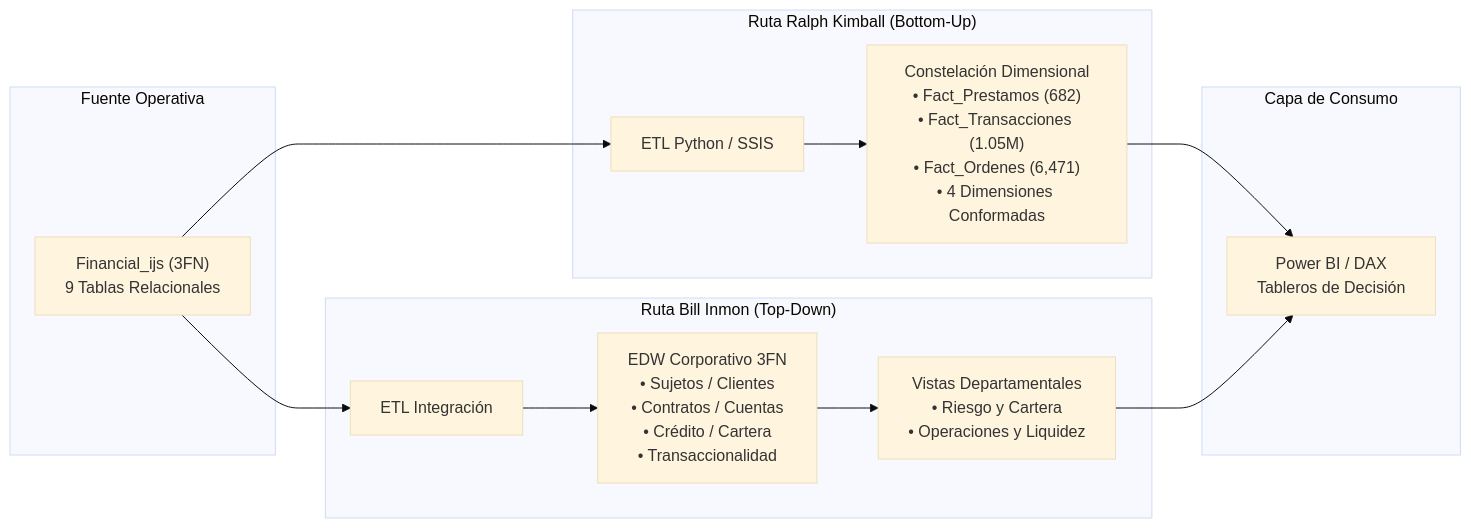
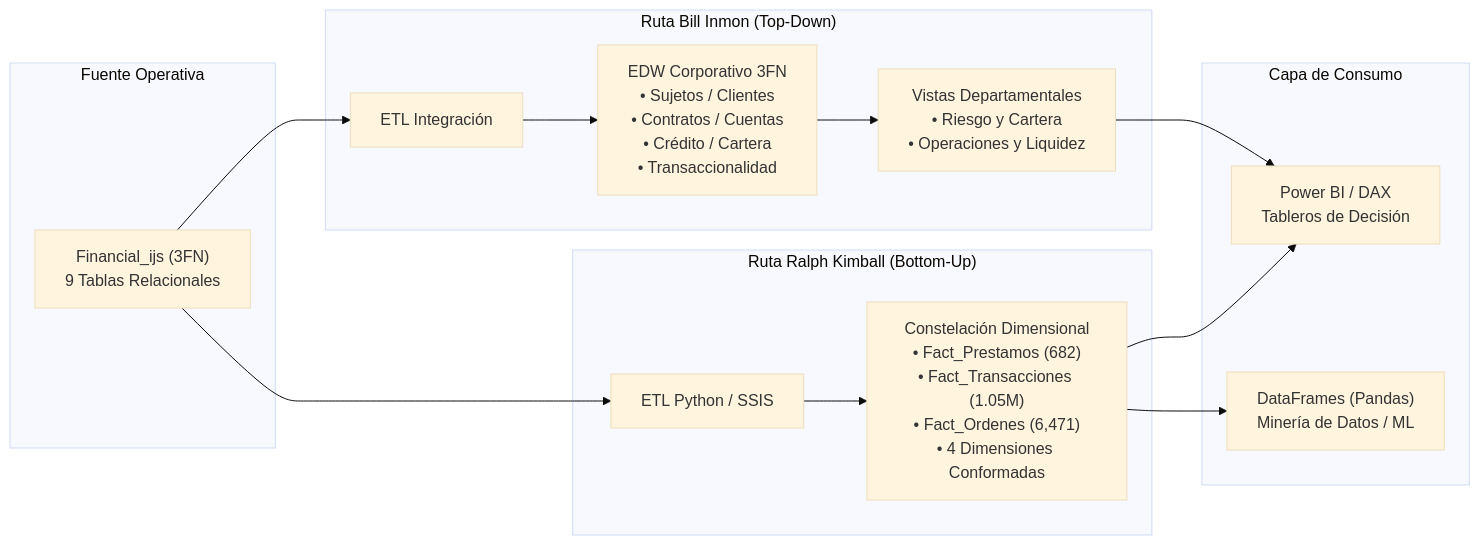
The diagram in README.md (Hlagua/DocumentosBi), drawn with Mermaid (base theme) before and after one commit. The commit also changed other lines of this file, not shown here.

Commit message:
docs: actualizar README con guia de uso de los 4 DataFrames y script generador

````diff
--- a/README.md
+++ b/README.md
@@ -58,24 +66,26 @@
 ```mermaid
 flowchart LR
     subgraph Origen["Fuente Operativa"]
         OLTP["Financial_ijs (3FN)<br>9 Tablas Relacionales"]
     end
 
     subgraph Kimball["Ruta Ralph Kimball (Bottom-Up)"]
         ETL_K["ETL Python / SSIS"]
         DM_K["Constelación Dimensional<br>• Fact_Prestamos (682)<br>• Fact_Transacciones (1.05M)<br>• Fact_Ordenes (6,471)<br>• 4 Dimensiones Conformadas"]
     end
 
     subgraph Inmon["Ruta Bill Inmon (Top-Down)"]
         ETL_I["ETL Integración"]
         EDW["EDW Corporativo 3FN<br>• Sujetos / Clientes<br>• Contratos / Cuentas<br>• Crédito / Cartera<br>• Transaccionalidad"]
         DM_I["Vistas Departamentales<br>• Riesgo y Cartera<br>• Operaciones y Liquidez"]
     end
 
     subgraph BI["Capa de Consumo"]
         Dashboards["Power BI / DAX<br>Tableros de Decisión"]
+        PythonDF["DataFrames (Pandas)<br>Minería de Datos / ML"]
     end
 
     OLTP --> ETL_K --> DM_K --> Dashboards
+    DM_K --> PythonDF
     OLTP --> ETL_I --> EDW --> DM_I --> Dashboards
 ```
````
